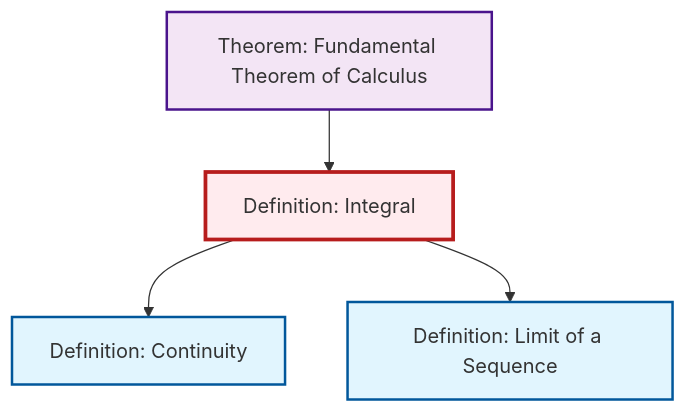
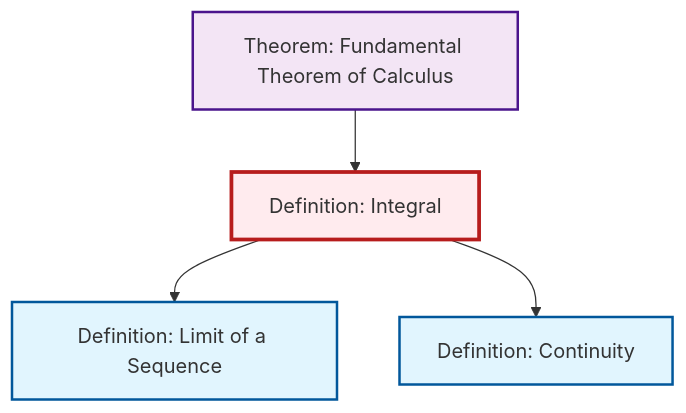
Before and after one commit to RK0429/ModernMath: the diagram in content/en/analysis/def-integral.qmd, drawn with Mermaid. The commit also changed other lines of this file and 619 other files, not shown here.

````diff
--- a/content/en/analysis/def-integral.qmd
+++ b/content/en/analysis/def-integral.qmd
@@ -81,20 +81,20 @@
 ```{mermaid}
 %%| fig-cap: "Local dependency graph"
 graph TD
     classDef definition fill:#e1f5fe,stroke:#01579b,stroke-width:2px
     classDef theorem fill:#f3e5f5,stroke:#4a148c,stroke-width:2px
     classDef axiom fill:#fff3e0,stroke:#e65100,stroke-width:2px
     classDef example fill:#e8f5e9,stroke:#1b5e20,stroke-width:2px
     classDef current fill:#ffebee,stroke:#b71c1c,stroke-width:3px
+    def-continuity["Definition: Continuity"]:::definition
     def-integral["Definition: Integral"]:::definition
     thm-fundamental-calculus["Theorem: Fundamental Theorem of Calculus"]:::theorem
     def-limit["Definition: Limit of a Sequence"]:::definition
-    def-continuity["Definition: Continuity"]:::definition
+    def-integral --> def-limit
+    def-integral --> def-continuity
     thm-fundamental-calculus --> def-integral
-    def-integral --> def-continuity
-    def-integral --> def-limit
     class def-integral current
+    click def-continuity "def-continuity.html" "Go to Continuity definition"
     click thm-fundamental-calculus "thm-fundamental-calculus.html" "Go to Fundamental Theorem of Calculus theorem"
     click def-limit "def-limit.html" "Go to Limit of a Sequence definition"
-    click def-continuity "def-continuity.html" "Go to Continuity definition"
 ```
````
